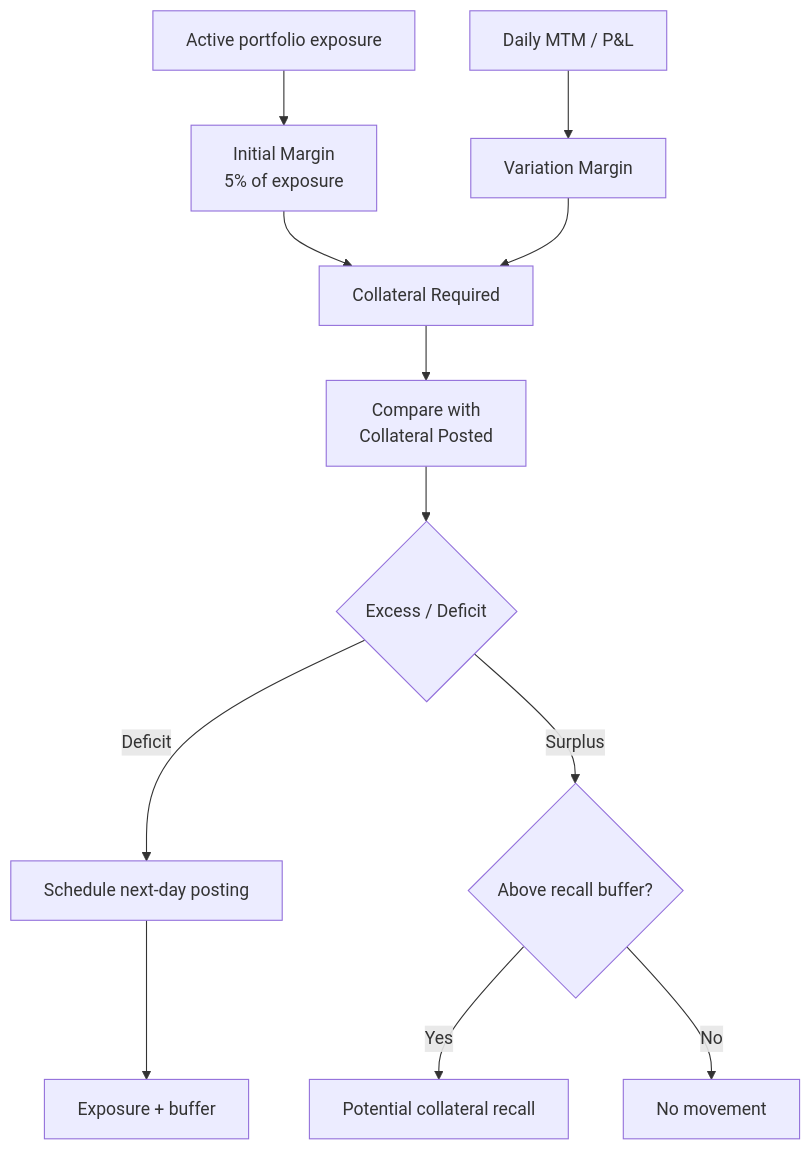
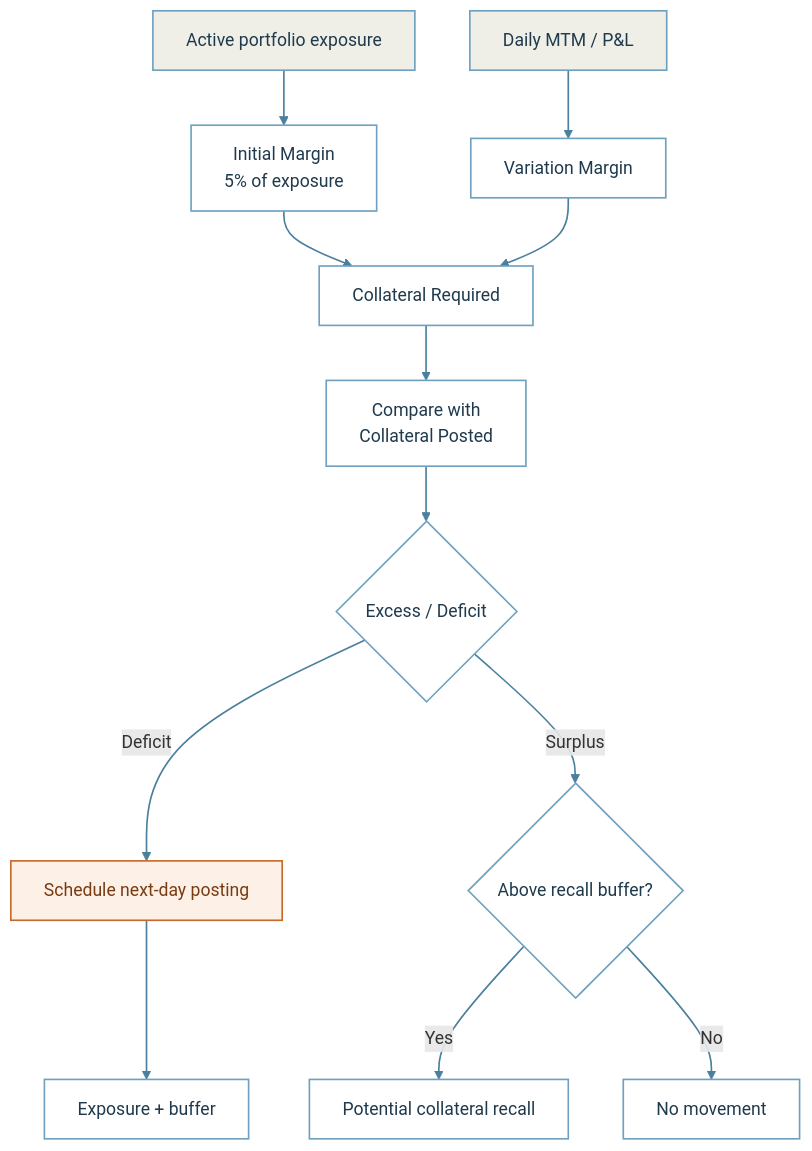
The third of 3 diagrams in fx-prime-brokerage-collateral/report.qmd (sgarciapuga/Work_Portfolio), drawn with Mermaid before and after one commit. The commit also changed other lines of this file and 12 other files, not shown here.

Commit message:
updated mermaid theme colours

````diff
--- a/fx-prime-brokerage-collateral/report.qmd
+++ b/fx-prime-brokerage-collateral/report.qmd
@@ -239,22 +253,30 @@
 ```{mermaid}
 %%| label: fig-pipeline
 %%| fig-cap: "Collateral Process Flow"
 %%| echo: false
 flowchart TD
     A[Active portfolio exposure] --> B[Initial Margin<br/>5% of exposure]
     C[Daily MTM / P&L] --> D[Variation Margin]
 
     B --> E[Collateral Required]
     D --> E
 
     E --> F[Compare with<br/>Collateral Posted]
 
     F --> G{Excess / Deficit}
 
     G -->|Deficit| H[Schedule next-day posting]
     H --> I[Exposure + buffer]
 
     G -->|Surplus| J{Above recall buffer?}
     J -->|Yes| K[Potential collateral recall]
     J -->|No| L[No movement]
+
+    classDef ext fill:#EFEFE8,stroke:#6FA1BF,stroke-width:1.5px,color:#1F3A4D
+    classDef job fill:#FFFFFF,stroke:#6FA1BF,stroke-width:1.5px,color:#1F3A4D
+    classDef alert fill:#FDF0E6,stroke:#C8692B,stroke-width:1.5px,color:#7A3A10
+    class A,C ext
+    class B,D,E,F,G,I,J,K,L job
+    class H alert
+    linkStyle default stroke:#4A7F9E,stroke-width:1.5px
 ```
````
